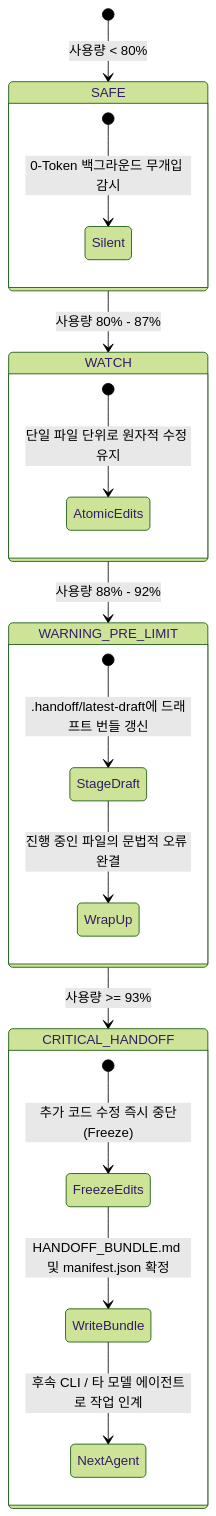
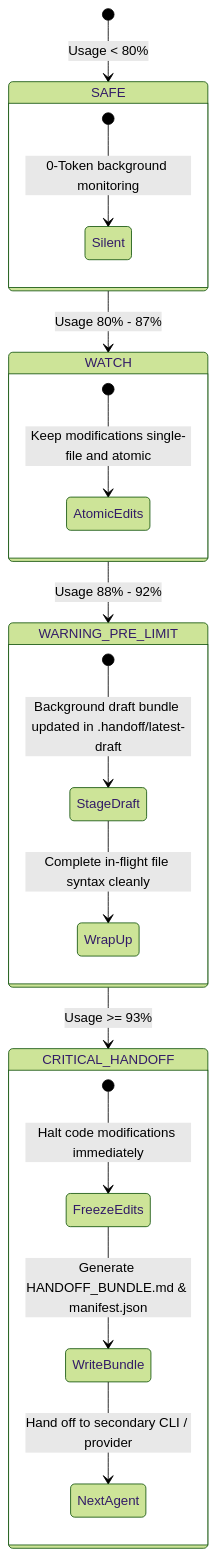
One commit to dukjoon/limit_upcoming changed the second of 2 diagrams in README.ko.md. Above: the diagram before and after it, drawn with Mermaid (forest theme). The commit also changed other lines of this file, not shown here.

````diff
--- a/README.ko.md
+++ b/README.ko.md
@@ -137,23 +137,23 @@
 ```mermaid
 stateDiagram-v2
-    [*] --> SAFE: 사용량 < 80%
-    SAFE --> WATCH: 사용량 80% - 87%
-    WATCH --> WARNING_PRE_LIMIT: 사용량 88% - 92%
-    WARNING_PRE_LIMIT --> CRITICAL_HANDOFF: 사용량 >= 93%
+    [*] --> SAFE: Usage < 80%
+    SAFE --> WATCH: Usage 80% - 87%
+    WATCH --> WARNING_PRE_LIMIT: Usage 88% - 92%
+    WARNING_PRE_LIMIT --> CRITICAL_HANDOFF: Usage >= 93%
 
     state SAFE {
-        [*] --> Silent: 0-Token 백그라운드 무개입 감시
+        [*] --> Silent: 0-Token background monitoring
     }
     state WATCH {
-        [*] --> AtomicEdits: 단일 파일 단위로 원자적 수정 유지
+        [*] --> AtomicEdits: Keep modifications single-file and atomic
     }
     state WARNING_PRE_LIMIT {
-        [*] --> StageDraft: .handoff/latest-draft에 드래프트 번들 갱신
-        StageDraft --> WrapUp: 진행 중인 파일의 문법적 오류 완결
+        [*] --> StageDraft: Background draft bundle updated in .handoff/latest-draft
+        StageDraft --> WrapUp: Complete in-flight file syntax cleanly
     }
     state CRITICAL_HANDOFF {
-        [*] --> FreezeEdits: 추가 코드 수정 즉시 중단(Freeze)
-        FreezeEdits --> WriteBundle: HANDOFF_BUNDLE.md 및 manifest.json 확정
-        WriteBundle --> NextAgent: 후속 CLI / 타 모델 에이전트로 작업 인계
+        [*] --> FreezeEdits: Halt code modifications immediately
+        FreezeEdits --> WriteBundle: Generate HANDOFF_BUNDLE.md & manifest.json
+        WriteBundle --> NextAgent: Hand off to secondary CLI / provider
     }
 ```
````
